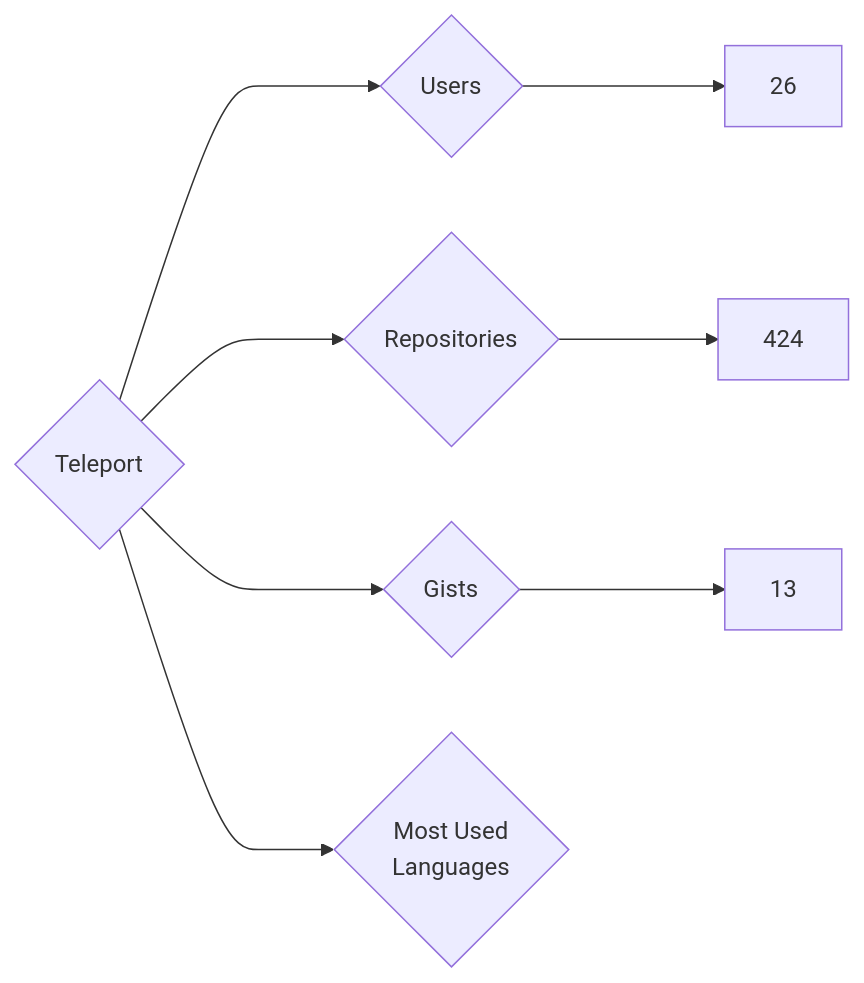
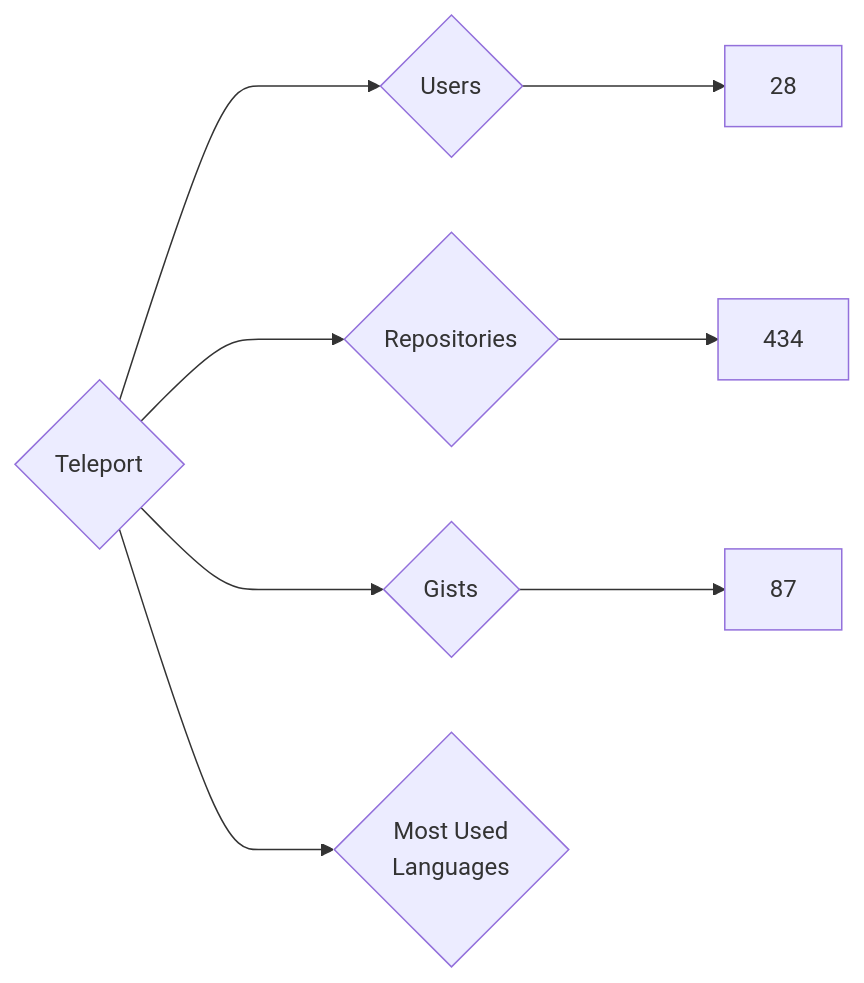
Before and after one commit to nenadzaric/insiders: the diagram in targets/Teleport/README.md, drawn with Mermaid. The commit also changed 1342 other files, not shown here.

````diff
--- a/targets/Teleport/README.md
+++ b/targets/Teleport/README.md
@@ -3,8 +3,8 @@
 ```mermaid
 graph LR
 COMPANY_NAME{Teleport}
-COMPANY_NAME ---> U{Users} ---> UN[26]
-COMPANY_NAME ---> R{Repositories} ---> RN[424]
-COMPANY_NAME ---> G{Gists} ---> GN[13]
+COMPANY_NAME ---> U{Users} ---> UN[28]
+COMPANY_NAME ---> R{Repositories} ---> RN[434]
+COMPANY_NAME ---> G{Gists} ---> GN[87]
 COMPANY_NAME ---> ML{Most Used<br>Languages}
 ```
````
